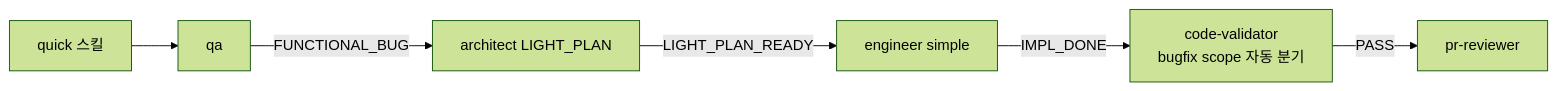
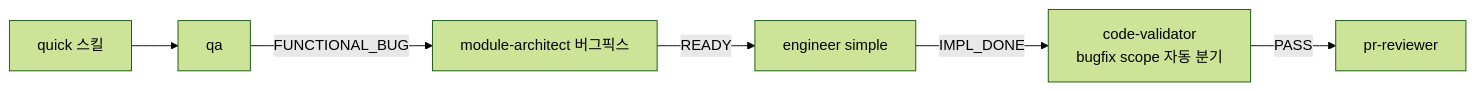
One commit to alruminum/dcNess changed the seventh of 8 diagrams in docs/plugin/orchestration.md. Above: the diagram before and after it, drawn with Mermaid (forest theme). The commit also changed other lines of this file and 26 other files, not shown here.

First line of the commit message:
[docs] architect 6 mode → system-architect / module-architect 2 agent 평탄화

````diff
--- a/docs/plugin/orchestration.md
+++ b/docs/plugin/orchestration.md
@@ -174,8 +174,8 @@
 ```mermaid
 flowchart LR
     quick[quick 스킬] --> qa
-    qa -->|FUNCTIONAL_BUG| lp[architect LIGHT_PLAN]
-    lp -->|LIGHT_PLAN_READY| eng[engineer simple]
+    qa -->|FUNCTIONAL_BUG| lp[module-architect 버그픽스]
+    lp -->|READY| eng[engineer simple]
     eng -->|IMPL_DONE| cv[code-validator<br/>bugfix scope 자동 분기]
     cv -->|PASS| pr[pr-reviewer]
 ```
````
